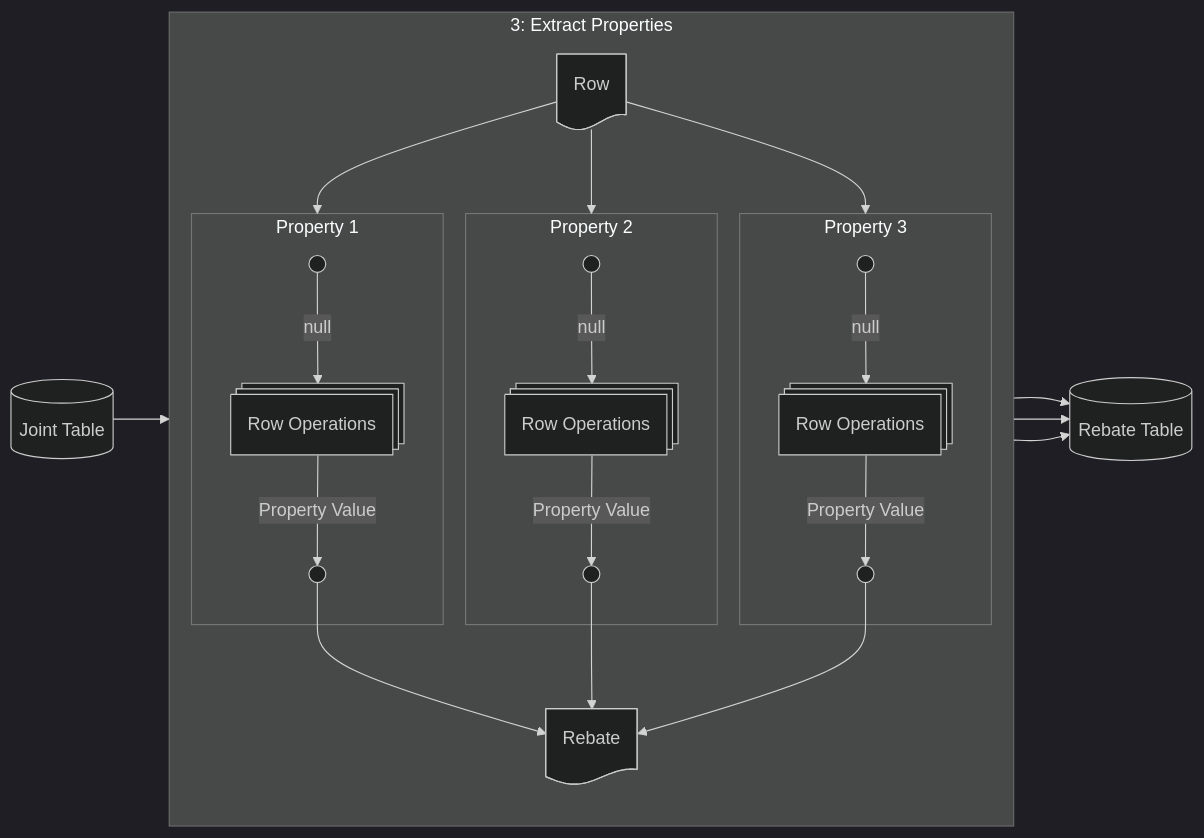
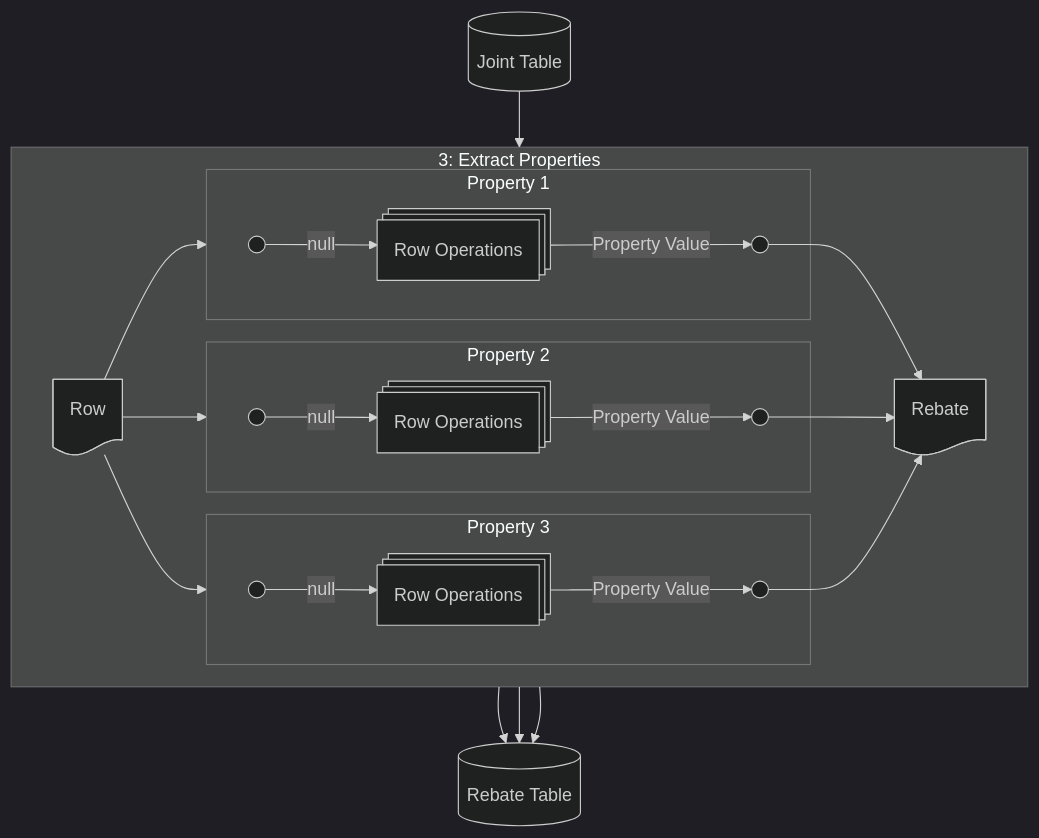
Before and after one commit to mvhutz/rebater: the fourth of 8 diagrams in docs/transformer.md, drawn with Mermaid (dark theme). The commit also changed other lines of this file and 5 other files, not shown here.

````diff
--- a/docs/transformer.md
+++ b/docs/transformer.md
@@ -182,43 +198,43 @@
 ```mermaid
-graph LR
+graph
   SSJ[(Joint Table)]
 
   SSJ --> 3
 
   subgraph 3[3: Extract Properties]
     R@{ shape: doc, label: "Row" }
 
     subgraph P1[Property 1]
       I1((" "))
       O1@{ shape: processes, label: "Row Operations" }
       F1((" "))
     end
 
     subgraph P2[Property 2]
       I2((" "))
       O2@{ shape: processes, label: "Row Operations" }
       F2((" "))
     end
 
     subgraph P3[Property 3]
       I3((" "))
       O3@{ shape: processes, label: "Row Operations" }
       F3((" "))
     end
 
     RO@{ shape: doc, label: "Rebate" }
 
     I1 -- null --> O1 -- Property Value --> F1 --> RO
     I2 -- null --> O2 -- Property Value --> F2 --> RO
     I3 -- null --> O3 -- Property Value --> F3 --> RO
     R --> P1
     R --> P2
     R --> P3
   end
 
   3 --> RT
   3 --> RT
   3 --> RT
 
   RT[(Rebate Table)]
 ```
````
